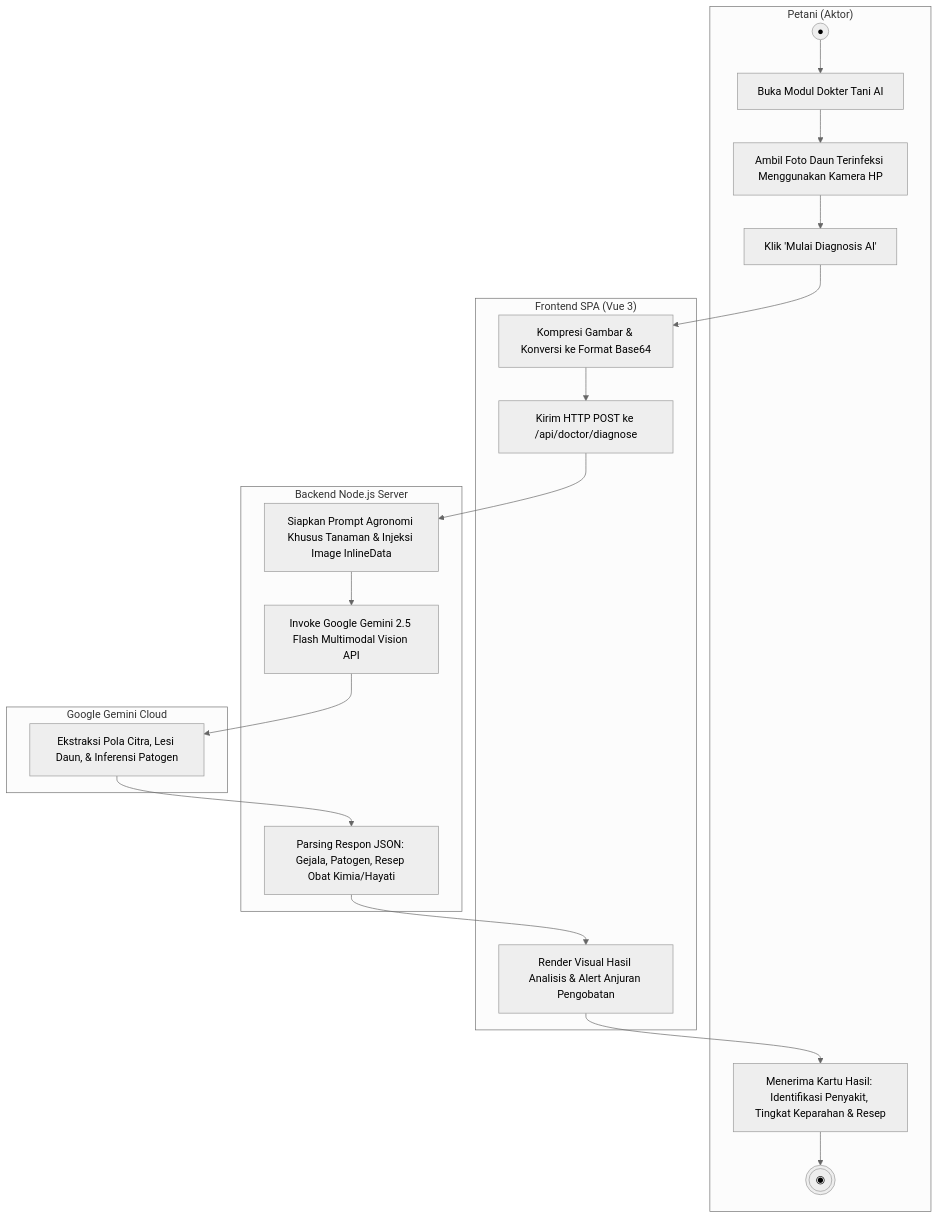
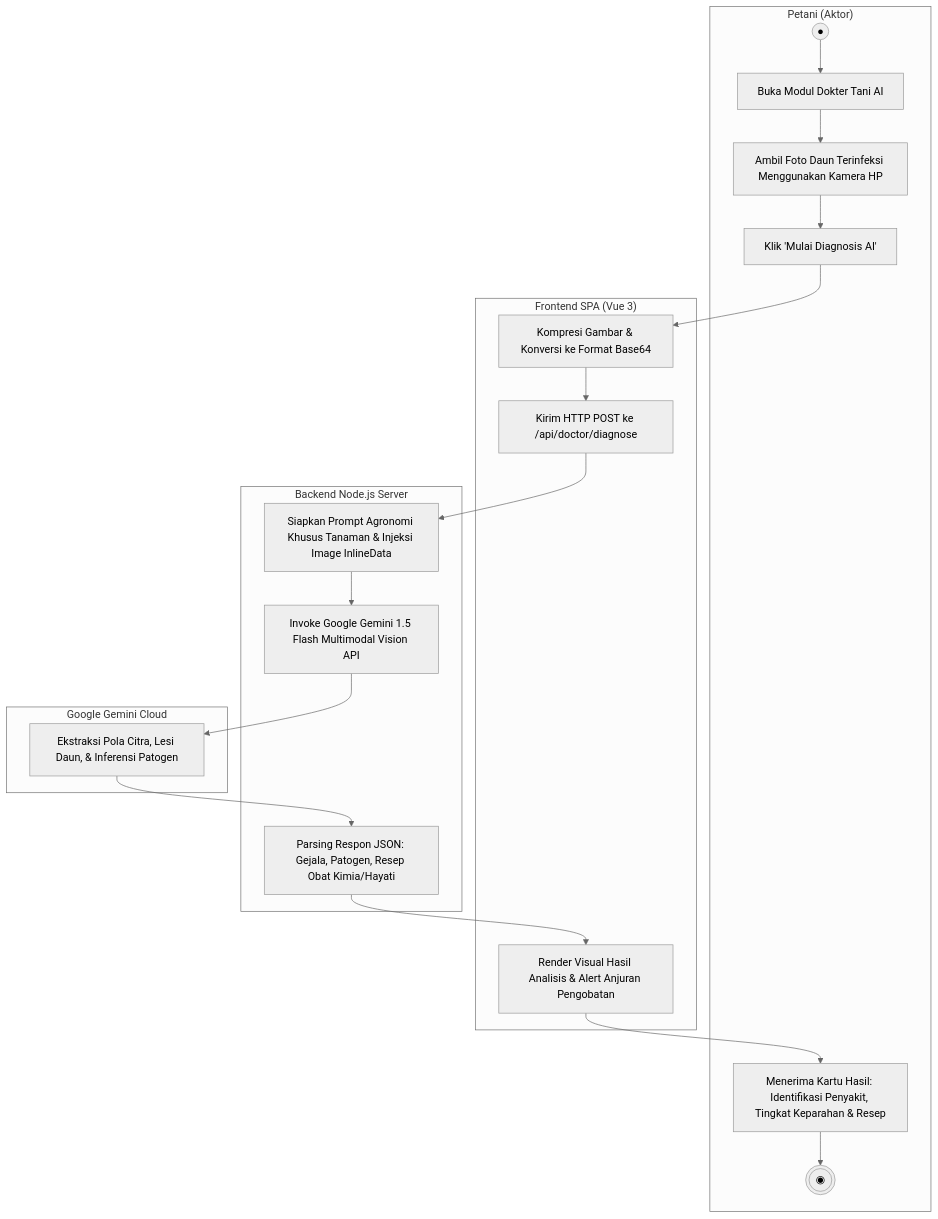
The fourth of 6 diagrams in ACTIVITY_DIAGRAM_AgriBuddy.md (ombay86/agribuddy), drawn with Mermaid (neutral theme) before and after one commit. The commit also changed other lines of this file and 18 other files, not shown here.

Commit message:
fix: ganti model gemini-2.5-flash non-standar ke gemini-1.5-flash valid dan dukung konfigurasi GEMINI_MODEL di env

````diff
--- a/ACTIVITY_DIAGRAM_AgriBuddy.md
+++ b/ACTIVITY_DIAGRAM_AgriBuddy.md
@@ -247,26 +247,26 @@
 ```mermaid
 flowchart TD
     subgraph P_Petani["Petani (Aktor)"]
         A3((●)) --> B3[Buka Modul Dokter Tani AI]
         B3 --> C3[Ambil Foto Daun Terinfeksi Menggunakan Kamera HP]
         C3 --> D3[Klik 'Mulai Diagnosis AI']
         I3[Menerima Kartu Hasil: Identifikasi Penyakit, Tingkat Keparahan & Resep] --> J3(((◉)))
     end
 
     subgraph P_Frontend["Frontend SPA (Vue 3)"]
         D3 --> E3[Kompresi Gambar & Konversi ke Format Base64]
         E3 --> F3[Kirim HTTP POST ke /api/doctor/diagnose]
         H3[Render Visual Hasil Analisis & Alert Anjuran Pengobatan] --> I3
     end
 
     subgraph P_Backend["Backend Node.js Server"]
         F3 --> G3[Siapkan Prompt Agronomi Khusus Tanaman & Injeksi Image InlineData]
-        G3 --> K3[Invoke Google Gemini 2.5 Flash Multimodal Vision API]
+        G3 --> K3[Invoke Google Gemini 1.5 Flash Multimodal Vision API]
         L3[Parsing Respon JSON: Gejala, Patogen, Resep Obat Kimia/Hayati] --> H3
     end
 
     subgraph P_Gemini["Google Gemini Cloud"]
         K3 --> EXT_Gemini[Ekstraksi Pola Citra, Lesi Daun, & Inferensi Patogen]
         EXT_Gemini --> L3
     end
 ```
````
